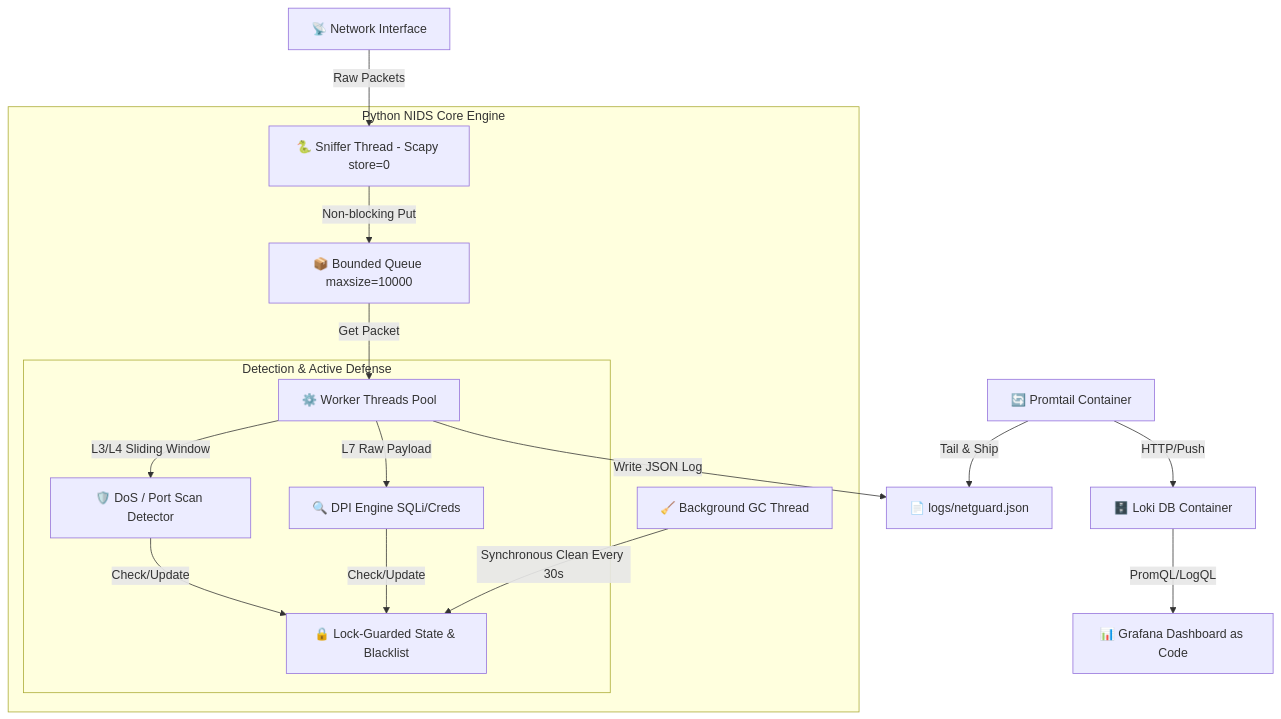
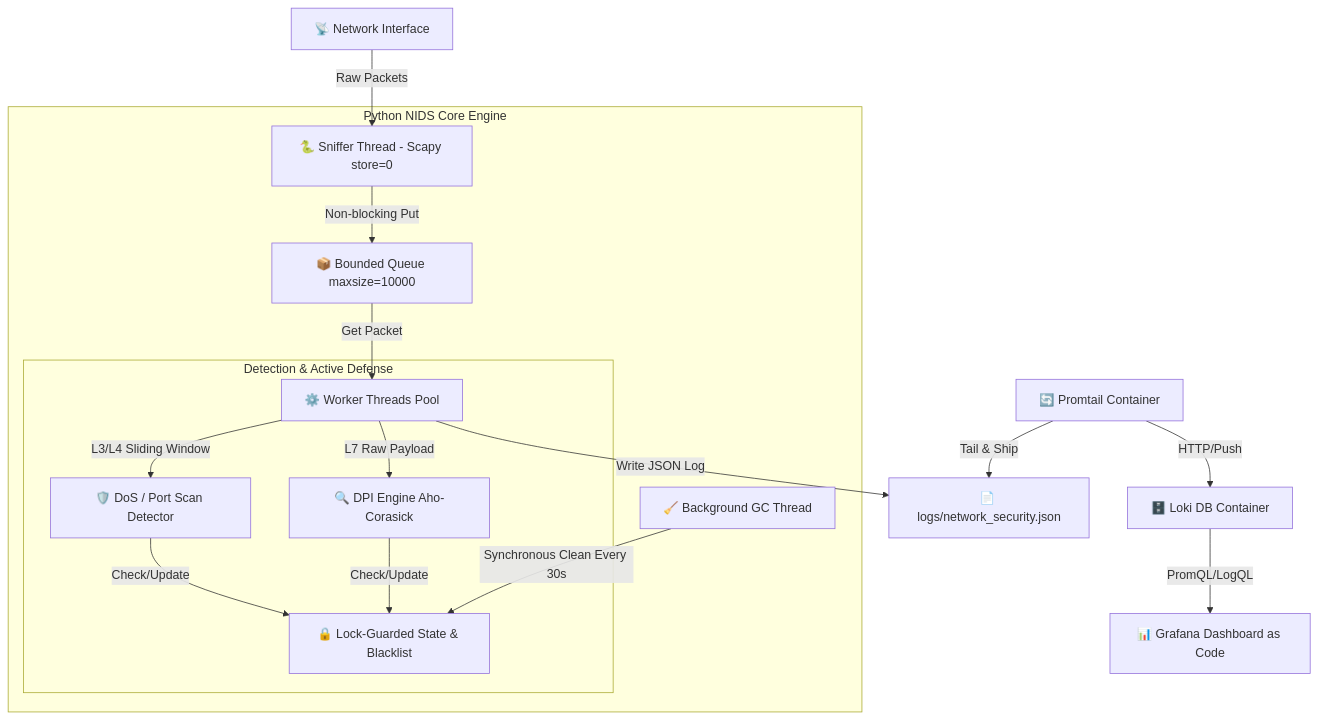
One commit to RazEini/NetGuard changed the diagram in README.md. Above: the diagram before and after it, drawn with Mermaid. The commit also changed other lines of this file, not shown here.

First line of the commit message:
Revise DPI engine details and log file naming

````diff
--- a/README.md
+++ b/README.md
@@ -28,25 +28,25 @@
 ```mermaid
 graph TD
     %% Traffic Input
     NIC[📡 Network Interface] -->|Raw Packets| SnifferThread[🐍 Sniffer Thread - Scapy store=0]
     
     %% Core Engine
     subgraph Engine [Python NIDS Core Engine]
         SnifferThread -->|Non-blocking Put| Queue[📦 Bounded Queue maxsize=10000]
         Queue -->|Get Packet| Worker[⚙️ Worker Threads Pool]
         
         subgraph Detection [Detection & Active Defense]
             Worker -->|L3/L4 Sliding Window| Anomaly[🛡️ DoS / Port Scan Detector]
-            Worker -->|L7 Raw Payload| DPI[🔍 DPI Engine SQLi/Creds]
+            Worker -->|L7 Raw Payload| DPI[🔍 DPI Engine Aho-Corasick]
             Anomaly & DPI -->|Check/Update| State[🔒 Lock-Guarded State & Blacklist]
         end
         
         GC[🧹 Background GC Thread] -->|Synchronous Clean Every 30s| State
     end
 
     %% Logging & Observability
-    Worker -->|Write JSON Log| LogFile[📄 logs/netguard.json]
+    Worker -->|Write JSON Log| LogFile[📄 logs/network_security.json]
     Promtail[🔄 Promtail Container] -->|Tail & Ship| LogFile
     Promtail -->|HTTP/Push| Loki[🗄️ Loki DB Container]
     Loki -->|PromQL/LogQL| Grafana[📊 Grafana Dashboard as Code]
 ```
````
